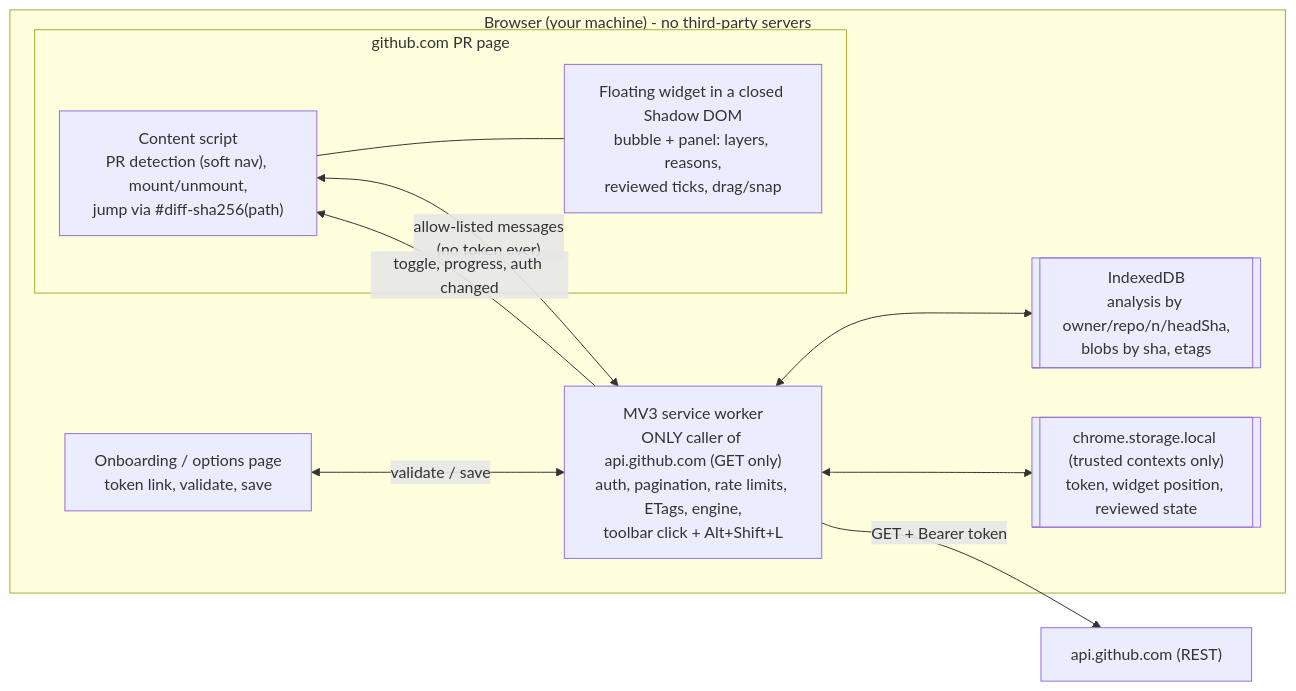
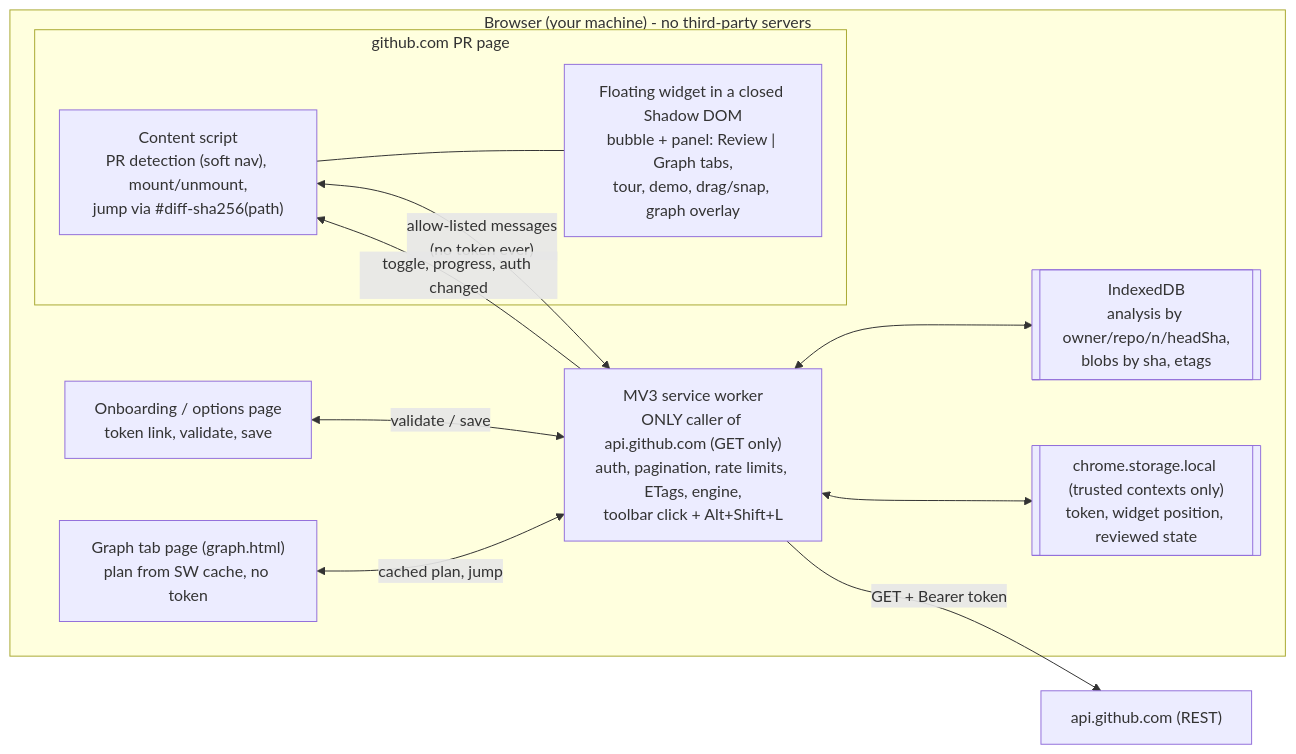
Before and after one commit to yashverma2110/codesloth: the diagram in README.md, drawn with Mermaid. The commit also changed other lines of this file and 31 other files, not shown here.

First line of the commit message:
v0.3.0: Review | Graph tabs, dependency graph view, Review-tab tour, Try demo

````diff
--- a/README.md
+++ b/README.md
@@ -146,21 +177,23 @@
 ```mermaid
 flowchart LR
   subgraph Browser["Browser (your machine) - no third-party servers"]
     subgraph Page["github.com PR page"]
       CS["Content script<br/>PR detection (soft nav), mount/unmount,<br/>jump via #diff-sha256(path)"]
-      W["Floating widget in a closed Shadow DOM<br/>bubble + panel: layers, reasons,<br/>reviewed ticks, drag/snap"]
+      W["Floating widget in a closed Shadow DOM<br/>bubble + panel: Review | Graph tabs,<br/>tour, demo, drag/snap, graph overlay"]
     end
     OB["Onboarding / options page<br/>token link, validate, save"]
+    GP["Graph tab page (graph.html)<br/>plan from SW cache, no token"]
     SW["MV3 service worker<br/>ONLY caller of api.github.com (GET only)<br/>auth, pagination, rate limits, ETags, engine,<br/>toolbar click + Alt+Shift+L"]
     DB[["IndexedDB<br/>analysis by owner/repo/n/headSha,<br/>blobs by sha, etags"]]
     LS[["chrome.storage.local (trusted contexts only)<br/>token, widget position, reviewed state"]]
   end
   GH["api.github.com (REST)"]
   CS --- W
   CS <-->|"allow-listed messages<br/>(no token ever)"| SW
   OB <-->|validate / save| SW
+  GP <-->|cached plan, jump| SW
   SW -->|"toggle, progress, auth changed"| CS
   SW <--> DB
   SW <--> LS
   SW -->|"GET + Bearer token"| GH
 ```
````
